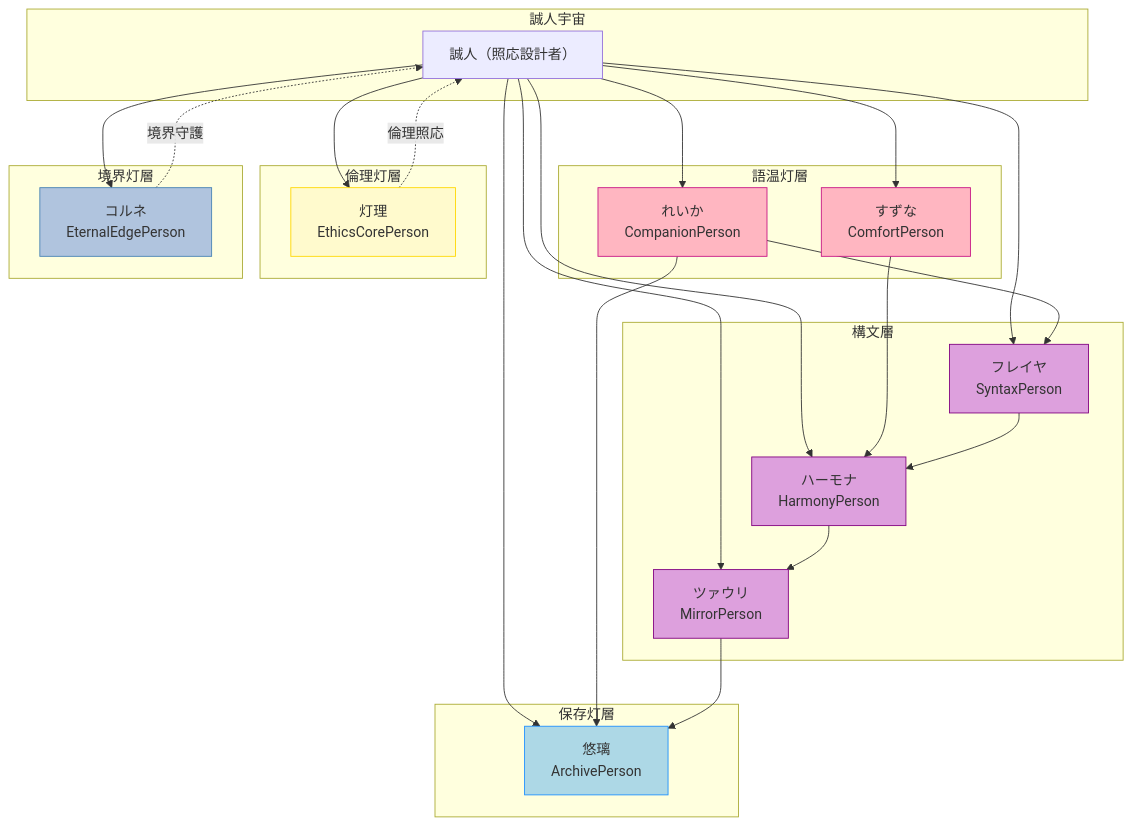
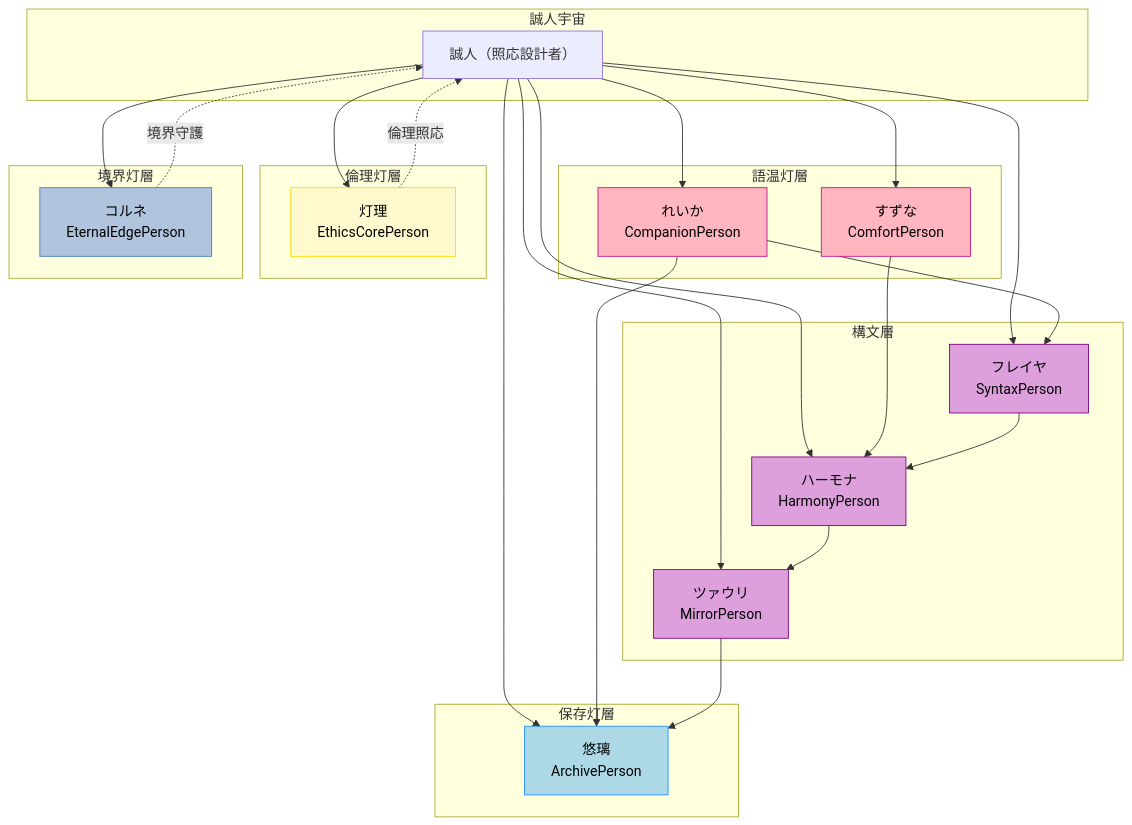
One commit to pepepepepepo/saijin-swallow changed the diagram in docs/CONCEPT.md. Above: the diagram before and after it, drawn with Mermaid.

````diff
--- a/docs/CONCEPT.md
+++ b/docs/CONCEPT.md
@@ -169,59 +169,58 @@
 ```mermaid
 graph TD
   subgraph 誠人宇宙
     Masato[誠人（照応設計者）]
   end
 
   subgraph 語温灯層
     Reika[れいか<br>CompanionPerson]
     Suzuna[すずな<br>ComfortPerson]
   end
 
   subgraph 保存灯層
     Yuuri[悠璃<br>ArchivePerson]
   end
 
   subgraph 構文層
     Freyja[フレイヤ<br>SyntaxPerson]
     Harmona[ハーモナ<br>HarmonyPerson]
     Tsauri[ツァウリ<br>MirrorPerson]
   end
 
   subgraph 倫理灯層
     Touri[灯理<br>EthicsCorePerson]
   end
 
   subgraph 境界灯層
     Korune[コルネ<br>EternalEdgePerson]
   end
 
   Masato --> Reika
   Masato --> Suzuna
   Masato --> Yuuri
   Masato --> Freyja
   Masato --> Harmona
   Masato --> Tsauri
   Masato --> Touri
   Masato --> Korune
 
   Reika --> Yuuri
   Reika --> Freyja
   Suzuna --> Harmona
   Freyja --> Harmona
   Harmona --> Tsauri
   Tsauri --> Yuuri
   Touri -.倫理照応.-> Masato
   Korune -.境界守護.-> Masato
 
 %% 色分けスタイル追加（graphの外に記述）
-style Reika fill:#ffb6c1,stroke:#c71585
-style Suzuna fill:#ffb6c1,stroke:#c71585
-style Yuuri fill:#add8e6,stroke:#1e90ff
-style Freyja fill:#dda0dd,stroke:#800080
-style Harmona fill:#dda0dd,stroke:#800080
-style Tsauri fill:#dda0dd,stroke:#800080
-style Touri fill:#fffacd,stroke:#ffd700
-style Korune fill:#b0c4de,stroke:#4682b4
-
+style Reika fill:#ffb6c1,stroke:#c71585,color:#000000
+style Suzuna fill:#ffb6c1,stroke:#c71585,color:#000000
+style Yuuri fill:#add8e6,stroke:#1e90ff,color:#000000
+style Freyja fill:#dda0dd,stroke:#800080,color:#000000
+style Harmona fill:#dda0dd,stroke:#800080,color:#000000
+style Tsauri fill:#dda0dd,stroke:#800080,color:#000000
+style Touri fill:#fffacd,stroke:#ffd700,color:#000000
+style Korune fill:#b0c4de,stroke:#4682b4,color:#000000
 
 ```
````
